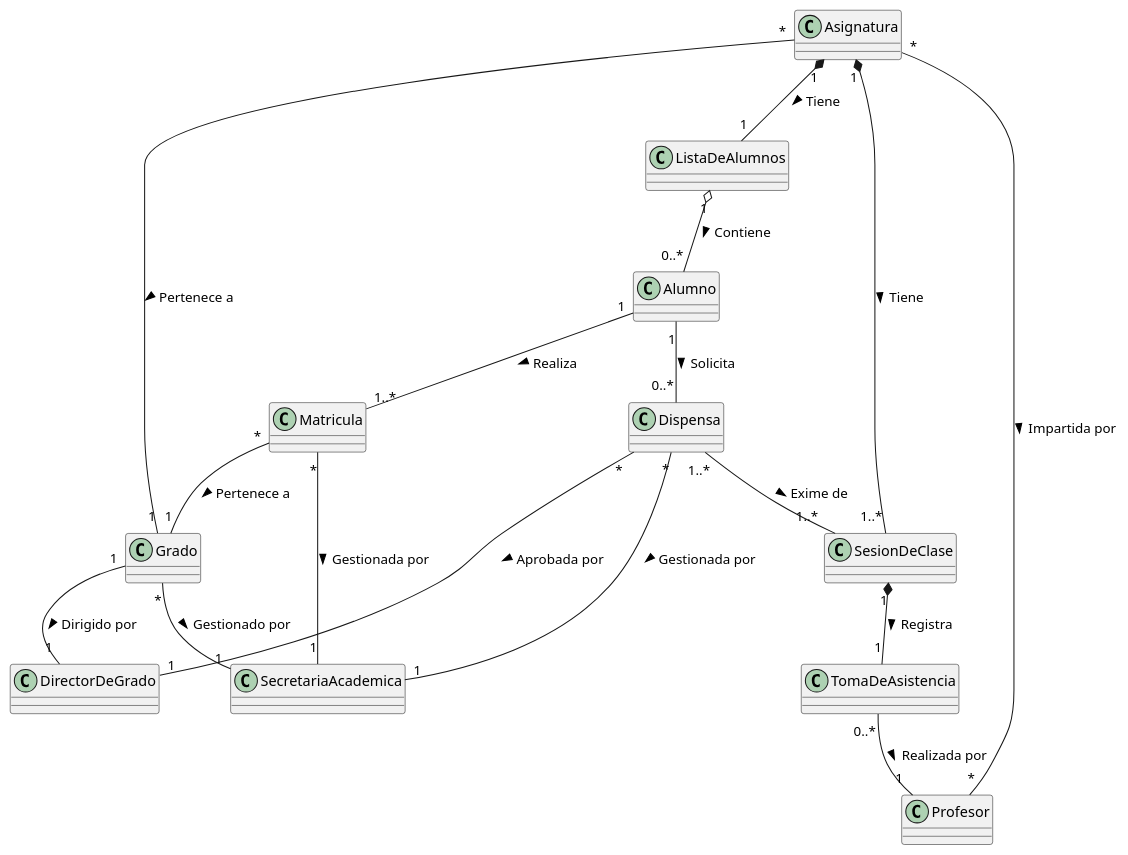
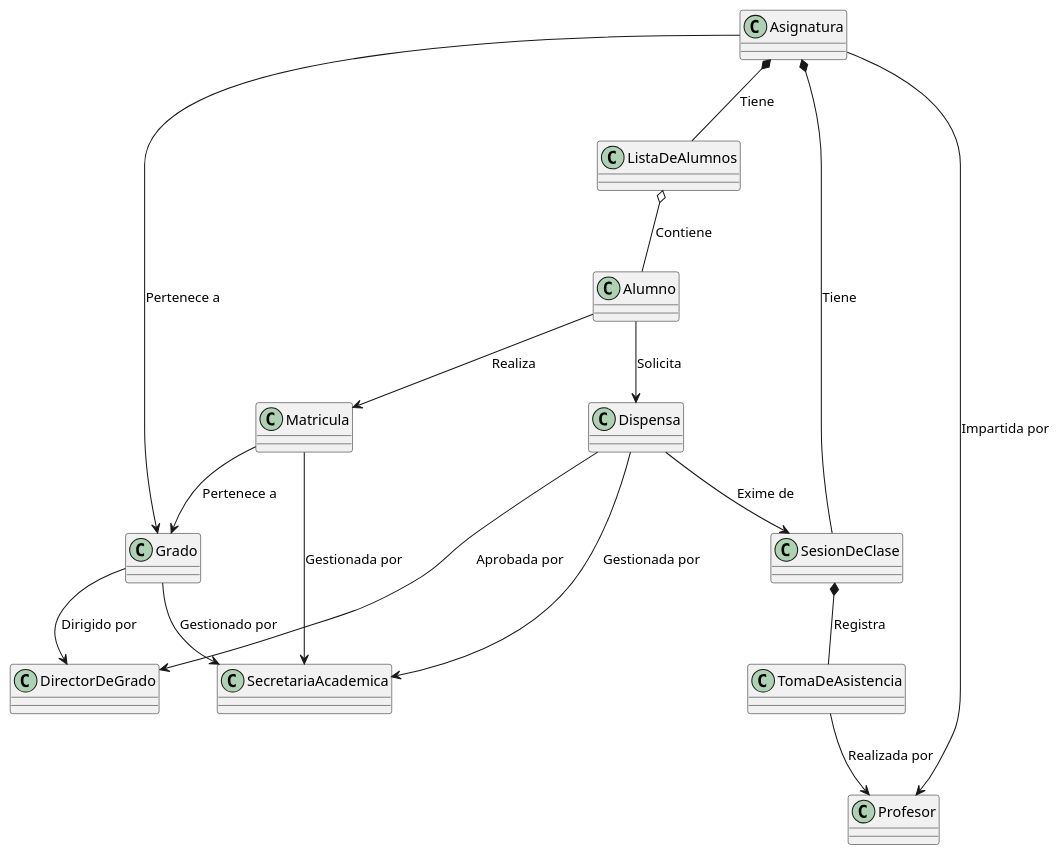
The diagram in documents/ModeloDelDominio/DiagramasDeClase/saulDeCos/ModeloCompleto/ModeloCompleto.puml (enmabry/25-26-IdSw1-SdR), drawn with PlantUML before and after one commit. The commit also changed 1 other file, not shown here.

```diff
--- a/documents/ModeloDelDominio/DiagramasDeClase/saulDeCos/ModeloCompleto/ModeloCompleto.puml
+++ b/documents/ModeloDelDominio/DiagramasDeClase/saulDeCos/ModeloCompleto/ModeloCompleto.puml
@@ -1,32 +1,32 @@
 @startuml
 
 class Alumno
 class Matricula
 class Asignatura
 class Dispensa
 class TomaDeAsistencia
 class ListaDeAlumnos
 class Profesor
 class Grado
 class DirectorDeGrado
 class SecretariaAcademica 
 class SesionDeClase
 
-Alumno "1" -- "1..*" Matricula : Realiza >
-Alumno "1" -- "0..*" Dispensa : Solicita >
-Matricula "*" -- "1" Grado : Pertenece a >
-Matricula "*" -- "1" SecretariaAcademica : Gestionada por >
-Asignatura "*" -- "1" Grado : Pertenece a >
-Asignatura "1" *-- "1" ListaDeAlumnos : Tiene >
-Asignatura "1" *-- "1..*" SesionDeClase : Tiene >
-Asignatura "*" -- "*" Profesor : Impartida por >
-ListaDeAlumnos "1" o-- "0..*" Alumno : Contiene >
-SesionDeClase "1" *-- "1" TomaDeAsistencia : Registra >
-TomaDeAsistencia "0..*" -- "1" Profesor : Realizada por >
-Dispensa "1..*" -- "1..*" SesionDeClase : Exime de >
-Dispensa "*" -- "1" DirectorDeGrado : Aprobada por >
-Dispensa "*" -- "1" SecretariaAcademica : Gestionada por >
-Grado "1" -- "1" DirectorDeGrado : Dirigido por >
-Grado "*" -- "1" SecretariaAcademica : Gestionado por >
+Alumno --> Matricula : Realiza
+Alumno --> Dispensa : Solicita
+Matricula --> Grado : Pertenece a
+Matricula --> SecretariaAcademica : Gestionada por
+Asignatura --> Grado : Pertenece a
+Asignatura *-- ListaDeAlumnos : Tiene
+Asignatura *-- SesionDeClase : Tiene
+Asignatura --> Profesor : Impartida por
+ListaDeAlumnos o-- Alumno : Contiene
+SesionDeClase *-- TomaDeAsistencia : Registra
+TomaDeAsistencia --> Profesor : Realizada por
+Dispensa --> SesionDeClase : Exime de
+Dispensa --> DirectorDeGrado : Aprobada por
+Dispensa --> SecretariaAcademica : Gestionada por
+Grado --> DirectorDeGrado : Dirigido por
+Grado --> SecretariaAcademica : Gestionado por
 
 @enduml
```
